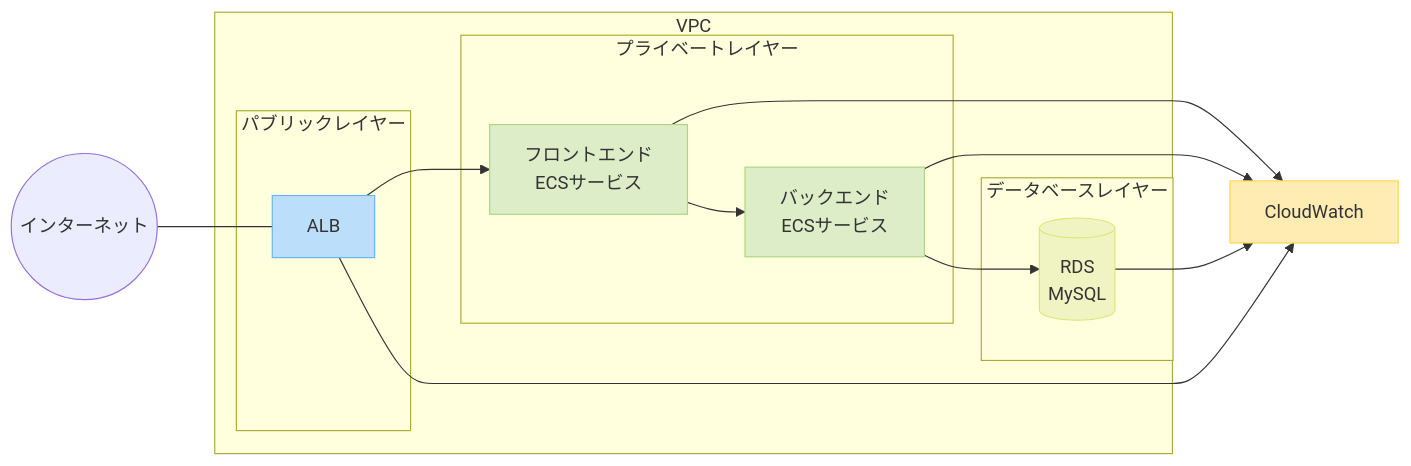
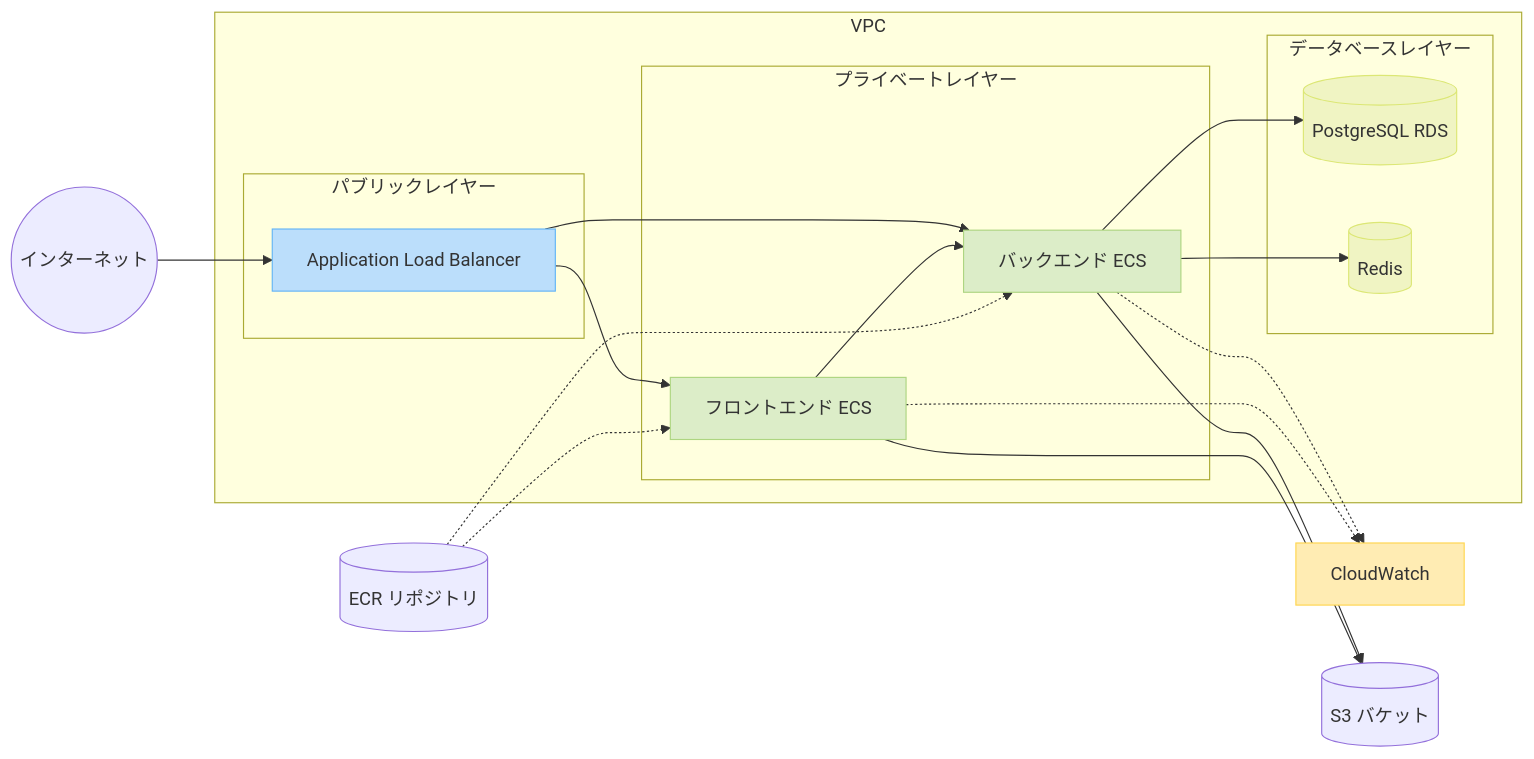
Before and after one commit to taka-123/laravel_nuxt_postgre_template: the first of 2 diagrams in .aws/README.md, drawn with Mermaid. The commit also changed other lines of this file, not shown here.

````diff
--- a/.aws/README.md
+++ b/.aws/README.md
@@ -34,44 +39,51 @@
 ```mermaid
 graph LR
     %% クラス定義
     classDef vpc fill:#e1f5fe,stroke:#4fc3f7,color:#333
     classDef public fill:#bbdefb,stroke:#64b5f6,color:#333
     classDef private fill:#dcedc8,stroke:#aed581,color:#333
     classDef database fill:#f0f4c3,stroke:#dce775,color:#333
     classDef logs fill:#ffecb3,stroke:#ffd54f,color:#333
 
     %% ノード定義
     Internet((インターネット))
     CW[CloudWatch]:::logs
 
     %% VPCとサブネット
     subgraph VPC["VPC"]
         %% パブリックレイヤー
         subgraph Public["パブリックレイヤー"]
-            ALB[ALB]:::public
+            ALB[Application Load Balancer]:::public
         end
 
-        %% プライベートレイヤー（アプリケーション）
+        %% プライベートレイヤー
         subgraph Private["プライベートレイヤー"]
-            FrontendService[フロントエンド<br>ECSサービス]:::private
-            BackendService[バックエンド<br>ECSサービス]:::private
+            BackendECS[バックエンド ECS]:::private
+            FrontendECS[フロントエンド ECS]:::private
         end
 
         %% データベースレイヤー
         subgraph Database["データベースレイヤー"]
-            RDS[(RDS<br>MySQL)]:::database
+            RDS[(PostgreSQL RDS)]:::database
+            Redis[(Redis)]:::database
         end
     end
 
-    %% 接続関係の定義
-    Internet --- ALB
-    ALB --> FrontendService
-    FrontendService --> BackendService
-    BackendService --> RDS
+    %% 外部サービス
+    S3[(S3 バケット)]
+    ECR[(ECR リポジトリ)]
 
-    %% ログ収集
-    FrontendService --> CW
-    BackendService --> CW
-    RDS --> CW
-    ALB --> CW
+    %% 接続関係
+    Internet --> ALB
+    ALB --> FrontendECS
+    ALB --> BackendECS
+    FrontendECS --> BackendECS
+    BackendECS --> RDS
+    BackendECS --> Redis
+    BackendECS --> S3
+    FrontendECS --> S3
+    BackendECS -.-> CW
+    FrontendECS -.-> CW
+    ECR -.-> BackendECS
+    ECR -.-> FrontendECS
 ```
````
